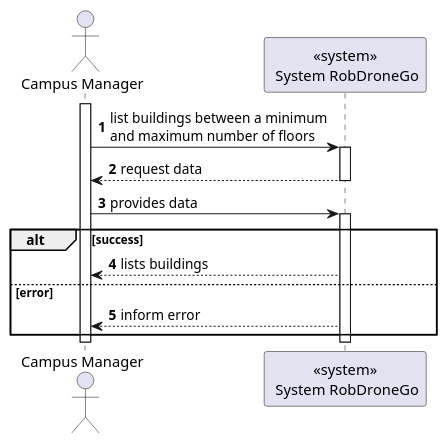
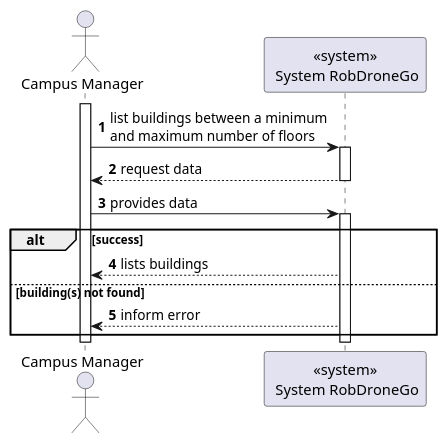
Before and after one commit to Departamento-de-Engenharia-Informatica/lapr5-23-24-g19: the diagram in docs/us1080/level1/process-view.puml, drawn with PlantUML. The commit also changed 5 other files, not shown here.

```diff
--- a/docs/us1080/level1/process-view.puml
+++ b/docs/us1080/level1/process-view.puml
@@ -1,24 +1,24 @@
 @startuml
 autonumber
 
 actor "Campus Manager" as usr
 
 participant "<<system>>\n System RobDroneGo" as sys
 
 activate usr
 usr -> sys : list buildings between a minimum\nand maximum number of floors
     activate sys
         sys --> usr : request data
     deactivate sys
 
     usr -> sys : provides data
     activate sys
     alt success
         sys --> usr : lists buildings
-    else error
+    else building(s) not found
         sys --> usr : inform error
     end
     deactivate sys
 deactivate usr
 
 @enduml
```
